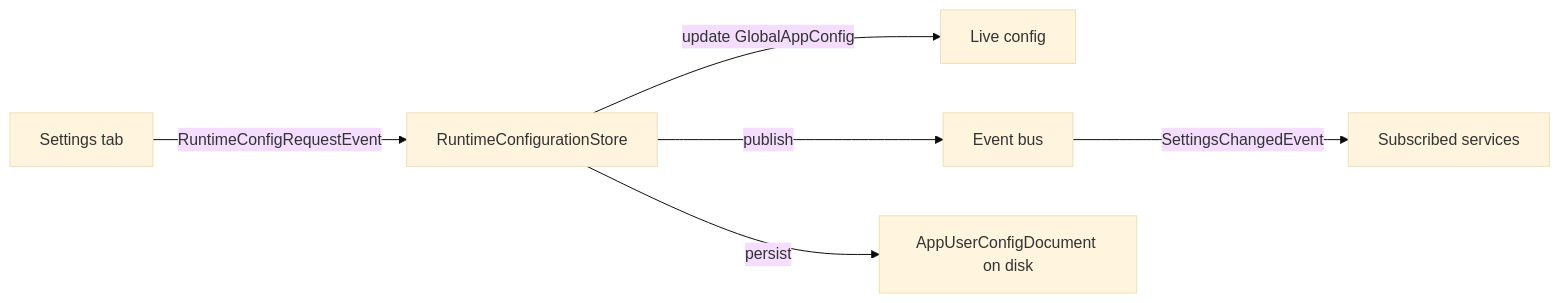
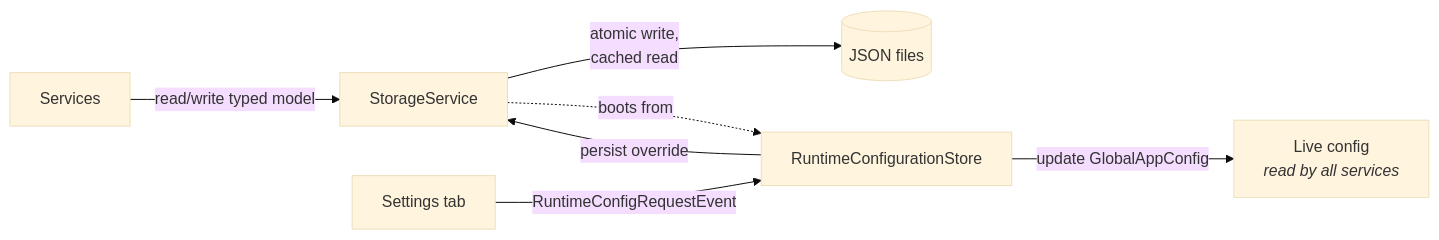
One commit to rick12000/vocalance changed the first of 3 diagrams in docs/developer/foundations/storage.rst. Above: the diagram before and after it, drawn with Mermaid (base theme). The commit also changed other lines of this file and 12 other files, not shown here.

```diff
--- a/docs/developer/foundations/storage.rst
+++ b/docs/developer/foundations/storage.rst
@@ -121,8 +18,9 @@
 .. mermaid::
 
    flowchart LR
-       Tab[Settings tab] -->|RuntimeConfigRequestEvent| Store[RuntimeConfigurationStore]
-       Store -->|update GlobalAppConfig| Cfg[Live config]
-       Store -->|publish| Bus[Event bus]
-       Bus -->|SettingsChangedEvent| Sub[Subscribed services]
-       Store -->|persist| Disk[AppUserConfigDocument on disk]
+       Svcs[Services] -->|read/write typed model| Storage[StorageService]
+       Storage -->|atomic write,<br/>cached read| Disk[(JSON files)]
+       Storage -.boots from.-> Runtime[RuntimeConfigurationStore]
+       UI[Settings tab] -->|RuntimeConfigRequestEvent| Runtime
+       Runtime -->|update GlobalAppConfig| Cfg[Live config<br/><i>read by all services</i>]
+       Runtime -->|persist override| Storage
```
